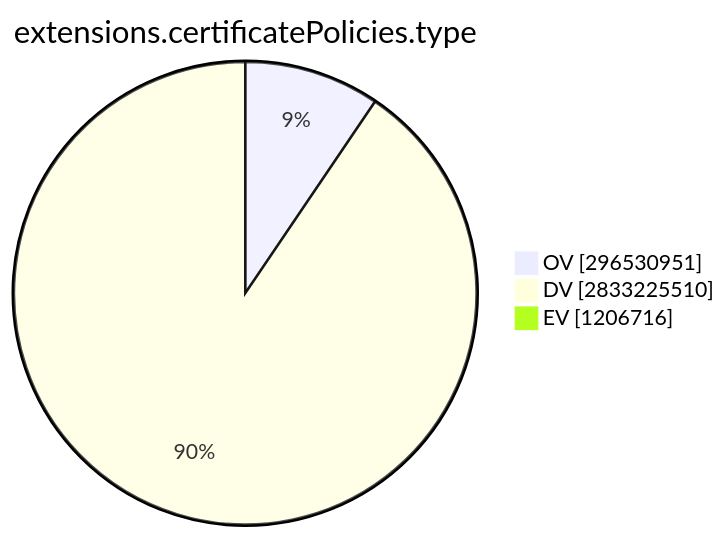
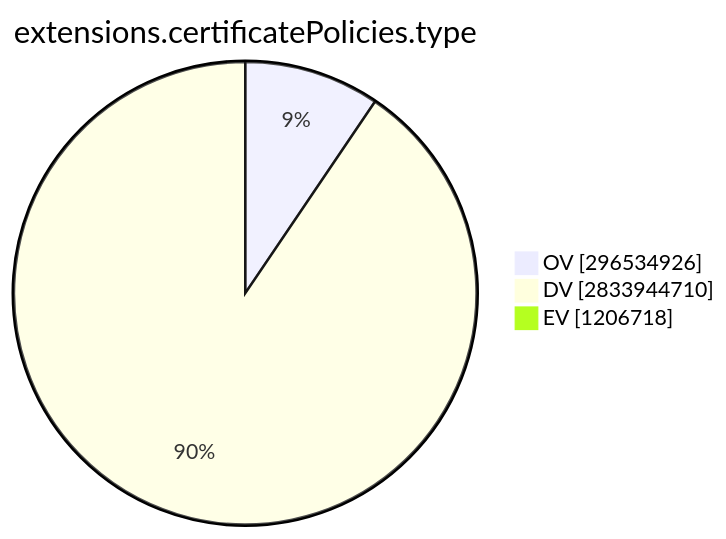
The ninth of 15 diagrams in TOTAL/README.md (christiankrug/ctmonitor_visualization), drawn with Mermaid before and after one commit. The commit also changed other lines of this file, not shown here.

````diff
--- a/TOTAL/README.md
+++ b/TOTAL/README.md
@@ -3099,7 +3099,7 @@
 ```mermaid
 pie showData
 title extensions.certificatePolicies.type
-"OV" :296530951
-"DV" :2833225510
-"EV" :1206716
+"OV" :296534926
+"DV" :2833944710
+"EV" :1206718
 ```
````
